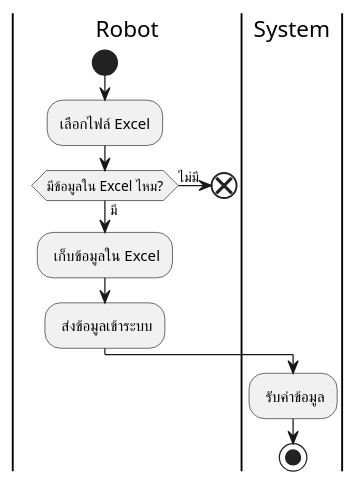
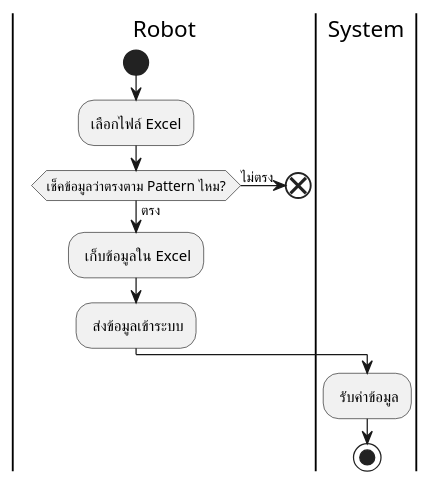
Before and after one commit to Meenkonlapat/RPA-Project: the diagram in Robot Activity/u4-get Data Contracts.wsd, drawn with PlantUML. The commit also changed 1 other file, not shown here.

```diff
--- a/Robot Activity/u4-get Data Contracts.wsd
+++ b/Robot Activity/u4-get Data Contracts.wsd
@@ -1,16 +1,16 @@
 @startuml
 |Robot|
 start
 :เลือกไฟล์ Excel;
-if (มีข้อมูลใน Excel ไหม?) then (มี)
+if (เช็คข้อมูลว่าตรงตาม Pattern ไหม?) then (ตรง)
     : เก็บข้อมูลใน Excel;
     : ส่งข้อมูลเข้าระบบ;
 |System|
     : รับค่าข้อมูล;
-else (ไม่มี)
+else (ไม่ตรง)
 |Robot|    
     end
 |System|
 endif
 stop
 @enduml
```
